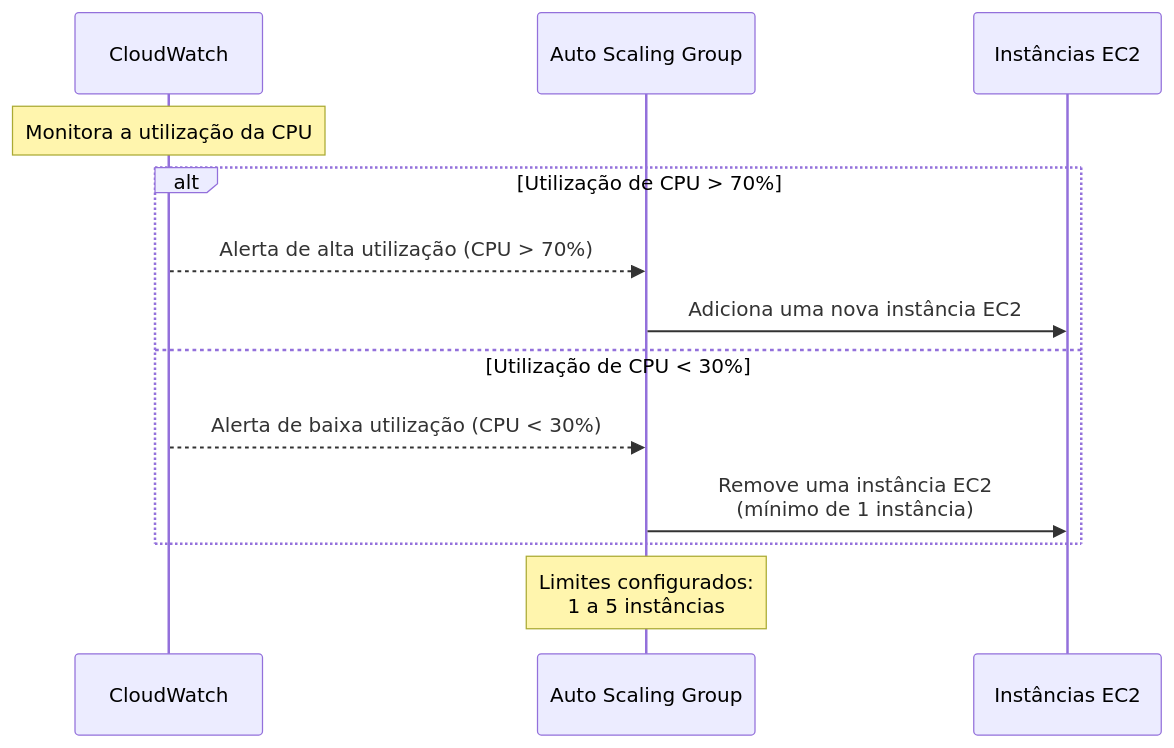
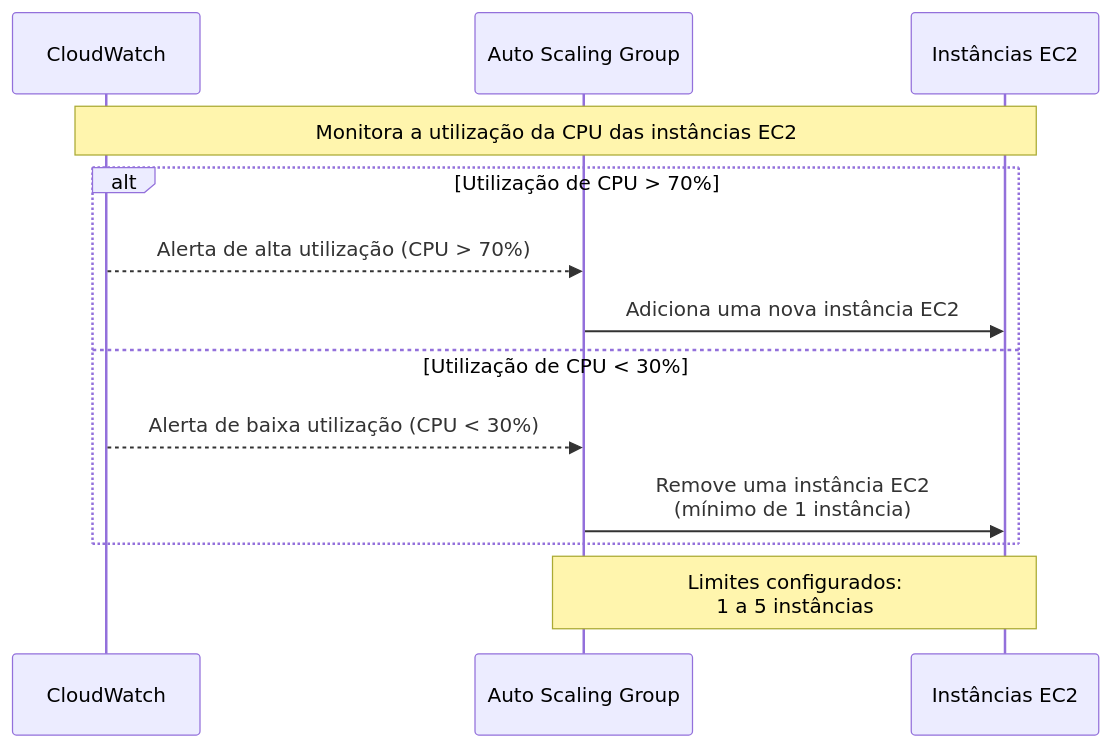
One commit to pitroldev/uerj-tcc changed the diagram in diagrams/auto-scaling-horizontal-scalability.mmd. Above: the diagram before and after it, drawn with Mermaid. The commit also changed 4 other files, not shown here.

```diff
--- a/diagrams/auto-scaling-horizontal-scalability.mmd
+++ b/diagrams/auto-scaling-horizontal-scalability.mmd
@@ -1,16 +1,16 @@
 sequenceDiagram
     participant CloudWatch as CloudWatch
     participant AutoScalingGroup as Auto Scaling Group
     participant EC2 as Instâncias EC2
 
-    Note over CloudWatch: Monitora a utilização da CPU 
+    Note over CloudWatch, EC2: Monitora a utilização da CPU das instâncias EC2
 
     alt Utilização de CPU > 70%
         CloudWatch-->>AutoScalingGroup: Alerta de alta utilização (CPU > 70%)
         AutoScalingGroup->>EC2: Adiciona uma nova instância EC2
     else Utilização de CPU < 30%
         CloudWatch-->>AutoScalingGroup: Alerta de baixa utilização (CPU < 30%)
         AutoScalingGroup->>EC2: Remove uma instância EC2<br/>(mínimo de 1 instância)
     end
 
-    Note over AutoScalingGroup: Limites configurados:<br/>1 a 5 instâncias
+    Note over EC2, AutoScalingGroup: Limites configurados:<br/>1 a 5 instâncias
```
